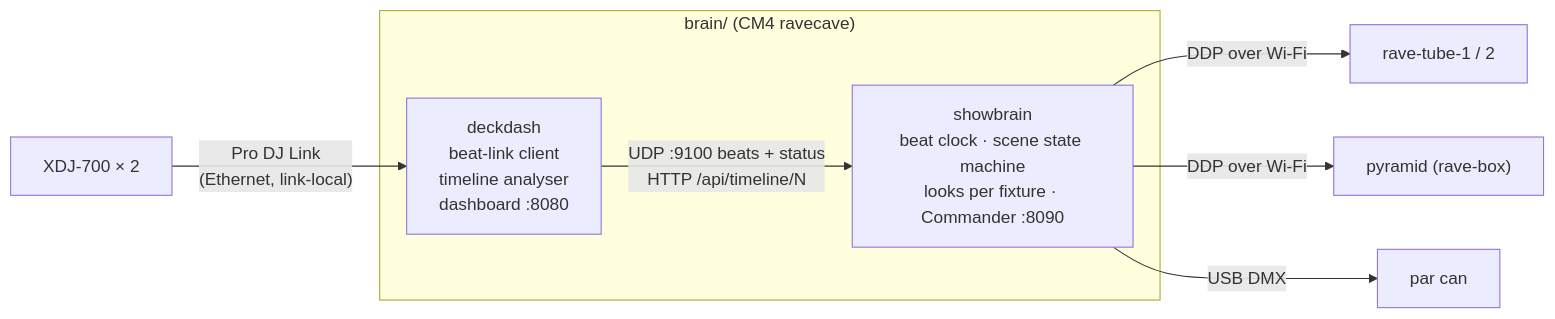
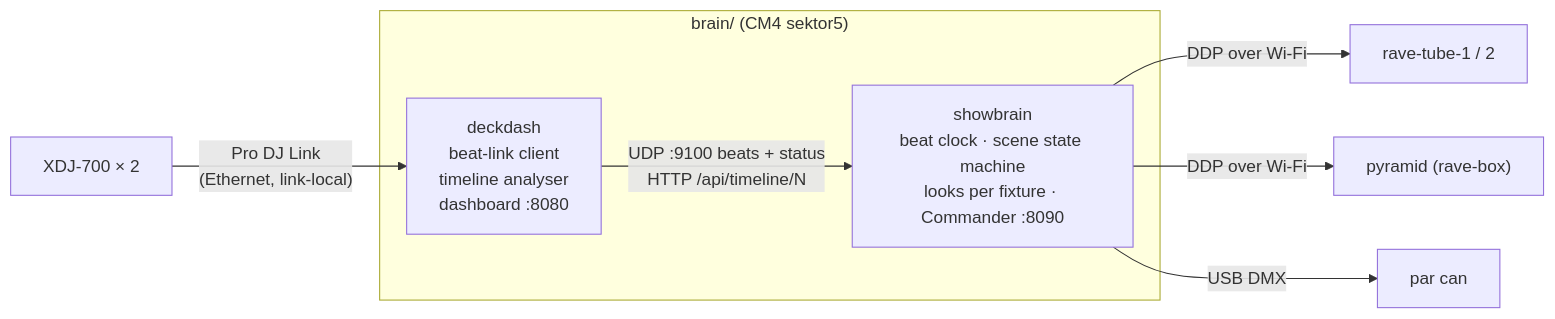
The diagram in docs/show-engine.md (AuClark/rave-cave), drawn with Mermaid before and after one commit. The commit also changed other lines of this file and 13 other files, not shown here.

First line of the commit message:
Rename the brain to sektor5 (hostname and Tailscale)

````diff
--- a/docs/show-engine.md
+++ b/docs/show-engine.md
@@ -46,12 +46,12 @@
 ```mermaid
 flowchart LR
   decks["XDJ-700 × 2"] -- "Pro DJ Link<br/>(Ethernet, link-local)" --> dd
-  subgraph brain ["brain/ (CM4 ravecave)"]
+  subgraph brain ["brain/ (CM4 sektor5)"]
     dd["deckdash<br/>beat-link client<br/>timeline analyser<br/>dashboard :8080"]
     sb["showbrain<br/>beat clock · scene state machine<br/>looks per fixture · Commander :8090"]
     dd -- "UDP :9100 beats + status<br/>HTTP /api/timeline/N" --> sb
   end
   sb -- "DDP over Wi-Fi" --> tubes["rave-tube-1 / 2"]
   sb -- "DDP over Wi-Fi" --> pyr["pyramid (rave-box)"]
   sb -- "USB DMX" --> par["par can"]
 ```
````
